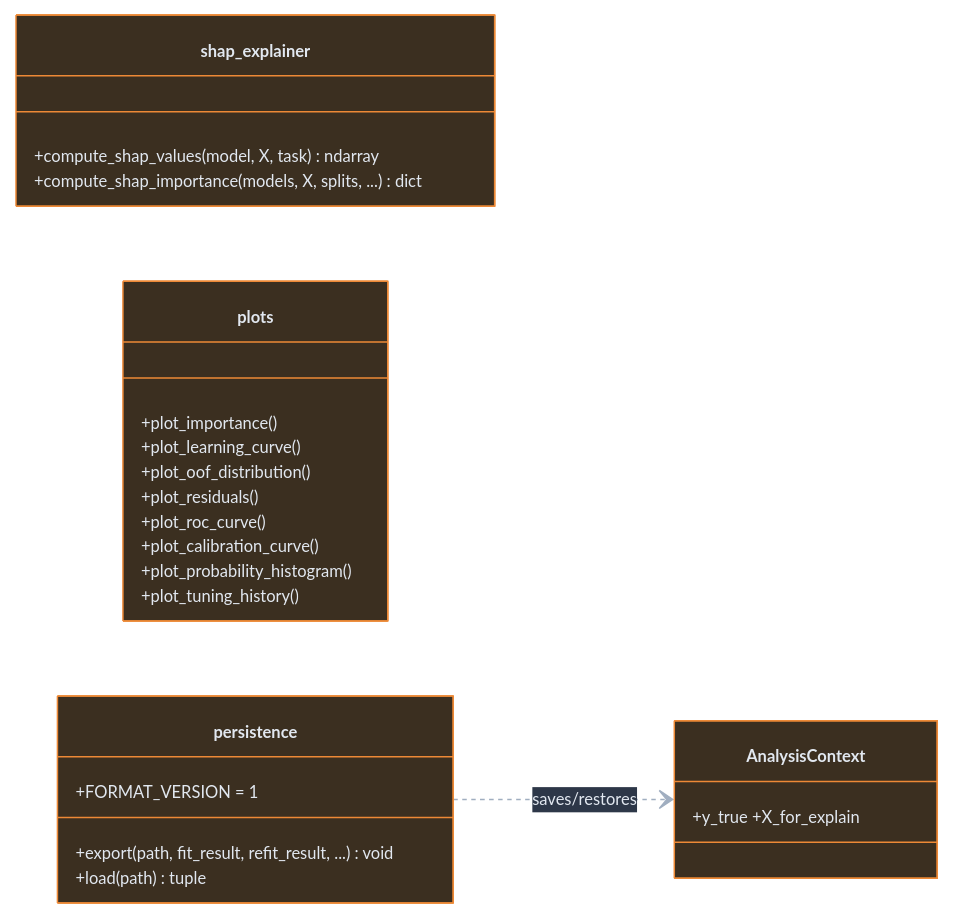
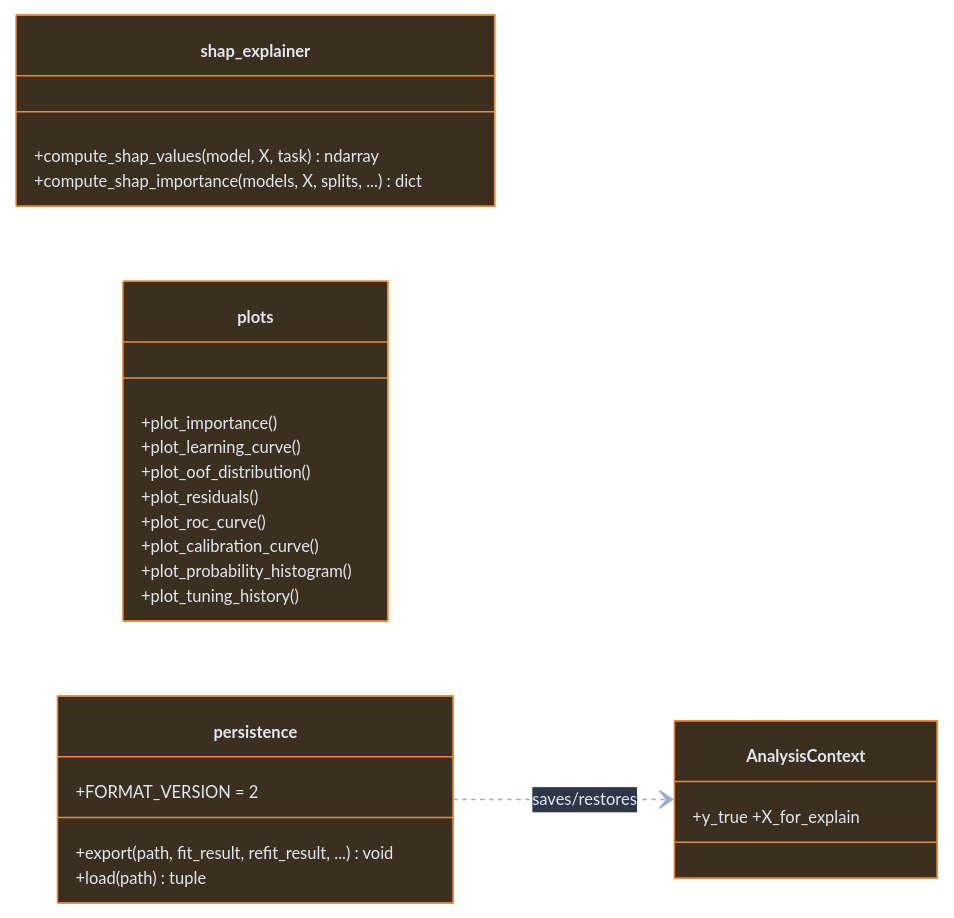
One commit to nbx-liz/LizyML changed the sixth of 7 diagrams in ARCHITECTURE.md. Above: the diagram before and after it, drawn with Mermaid. The commit also changed other lines of this file and 1 other file, not shown here.

First line of the commit message:
docs(spec): align BLUEPRINT with H-0085 and mark ARCHITECTURE derived (H-0092)

````diff
--- a/ARCHITECTURE.md
+++ b/ARCHITECTURE.md
@@ -463,31 +467,31 @@
 ```mermaid
 %%{init: {'theme': 'base', 'themeVariables': {'fontSize': '11px', 'primaryColor': '#2d3748', 'primaryTextColor': '#e2e8f0', 'lineColor': '#a0aec0', 'background': '#1a202c', 'mainBkg': '#2d3748', 'nodeBorder': '#718096'}}}%%
 classDiagram
     direction LR
 
     class shap_explainer:::optClass {
         +compute_shap_values(model, X, task) ndarray
         +compute_shap_importance(models, X, splits, ...) dict
     }
 
     class plots:::optClass {
         +plot_importance()
         +plot_learning_curve()
         +plot_oof_distribution()
         +plot_residuals()
         +plot_roc_curve()
         +plot_calibration_curve()
         +plot_probability_histogram()
         +plot_tuning_history()
     }
 
     class persistence:::optClass {
         +export(path, fit_result, refit_result, ...) void
         +load(path) tuple
-        +FORMAT_VERSION = 1
+        +FORMAT_VERSION = 2
     }
     class AnalysisContext:::optClass { +y_true +X_for_explain }
     persistence ..> AnalysisContext : saves/restores
 
     classDef optClass fill:#3b2f20,stroke:#ed8936,color:#e2e8f0
 ```
````
